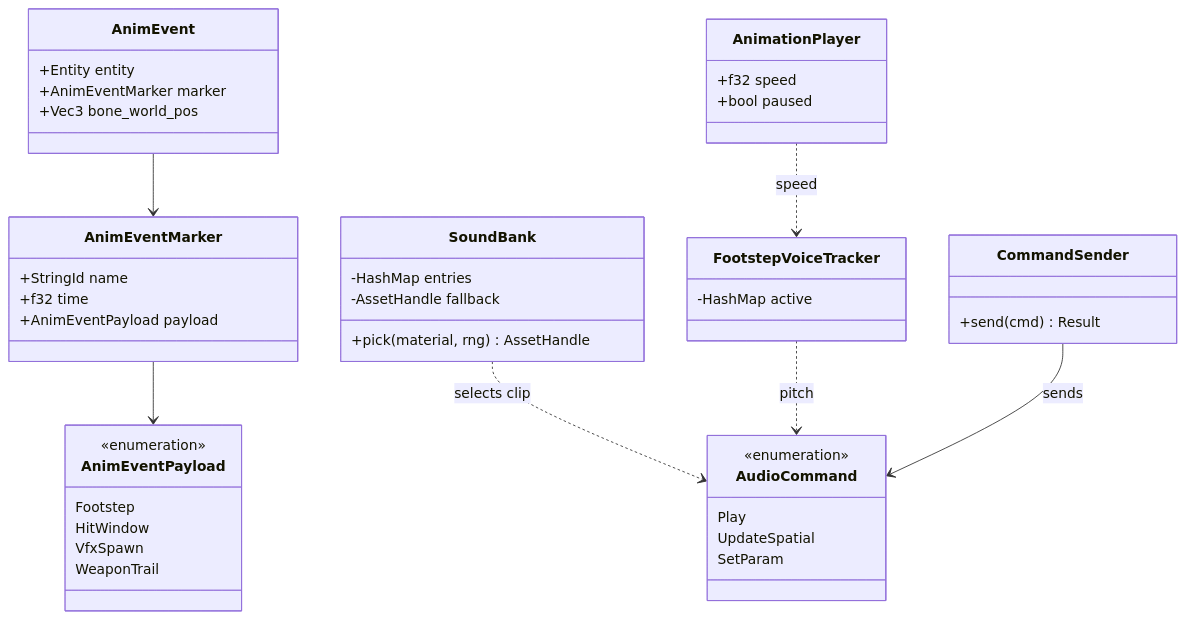
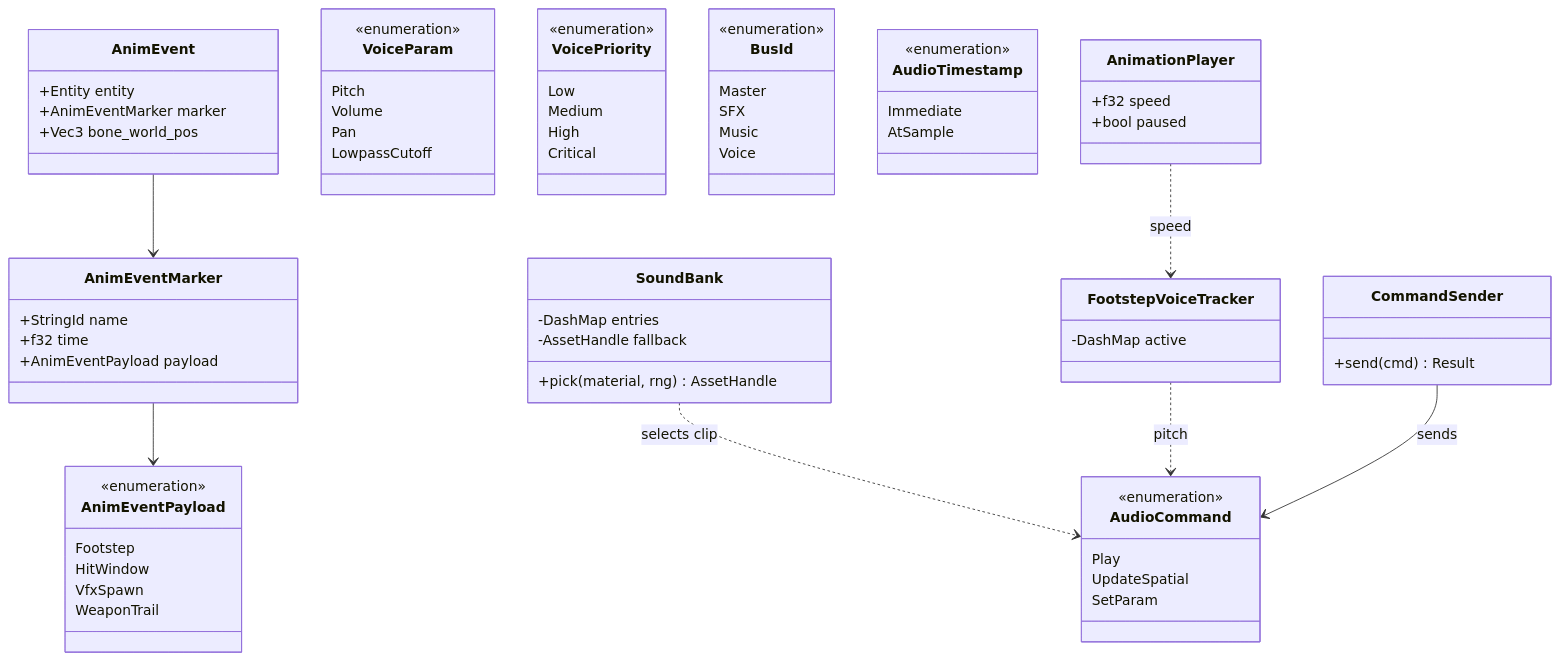
One commit to harmonius-dev/harmonius changed the first of 2 diagrams in docs/design/integration/animation-audio.md. Above: the diagram before and after it, drawn with Mermaid. The commit also changed other lines of this file and 109 other files, not shown here.

````diff
--- a/docs/design/integration/animation-audio.md
+++ b/docs/design/integration/animation-audio.md
@@ -268,48 +301,74 @@
 ```mermaid
 classDiagram
     class AnimEvent {
         +Entity entity
         +AnimEventMarker marker
         +Vec3 bone_world_pos
     }
     class AnimEventMarker {
         +StringId name
         +f32 time
         +AnimEventPayload payload
     }
     class AnimEventPayload {
         <<enumeration>>
         Footstep
         HitWindow
         VfxSpawn
         WeaponTrail
     }
     class SoundBank {
-        -HashMap entries
+        -DashMap entries
         -AssetHandle fallback
         +pick(material, rng) AssetHandle
     }
     class FootstepVoiceTracker {
-        -HashMap active
+        -DashMap active
+    }
+    class VoiceParam {
+        <<enumeration>>
+        Pitch
+        Volume
+        Pan
+        LowpassCutoff
+    }
+    class VoicePriority {
+        <<enumeration>>
+        Low
+        Medium
+        High
+        Critical
+    }
+    class BusId {
+        <<enumeration>>
+        Master
+        SFX
+        Music
+        Voice
+    }
+    class AudioTimestamp {
+        <<enumeration>>
+        Immediate
+        AtSample
     }
     class AudioCommand {
         <<enumeration>>
         Play
         UpdateSpatial
         SetParam
     }
     class CommandSender {
         +send(cmd) Result
     }
     class AnimationPlayer {
         +f32 speed
         +bool paused
     }
 
     AnimEvent --> AnimEventMarker
     AnimEventMarker --> AnimEventPayload
     SoundBank ..> AudioCommand : selects clip
     FootstepVoiceTracker ..> AudioCommand : pitch
     CommandSender --> AudioCommand : sends
     AnimationPlayer ..> FootstepVoiceTracker : speed
 ```
````
